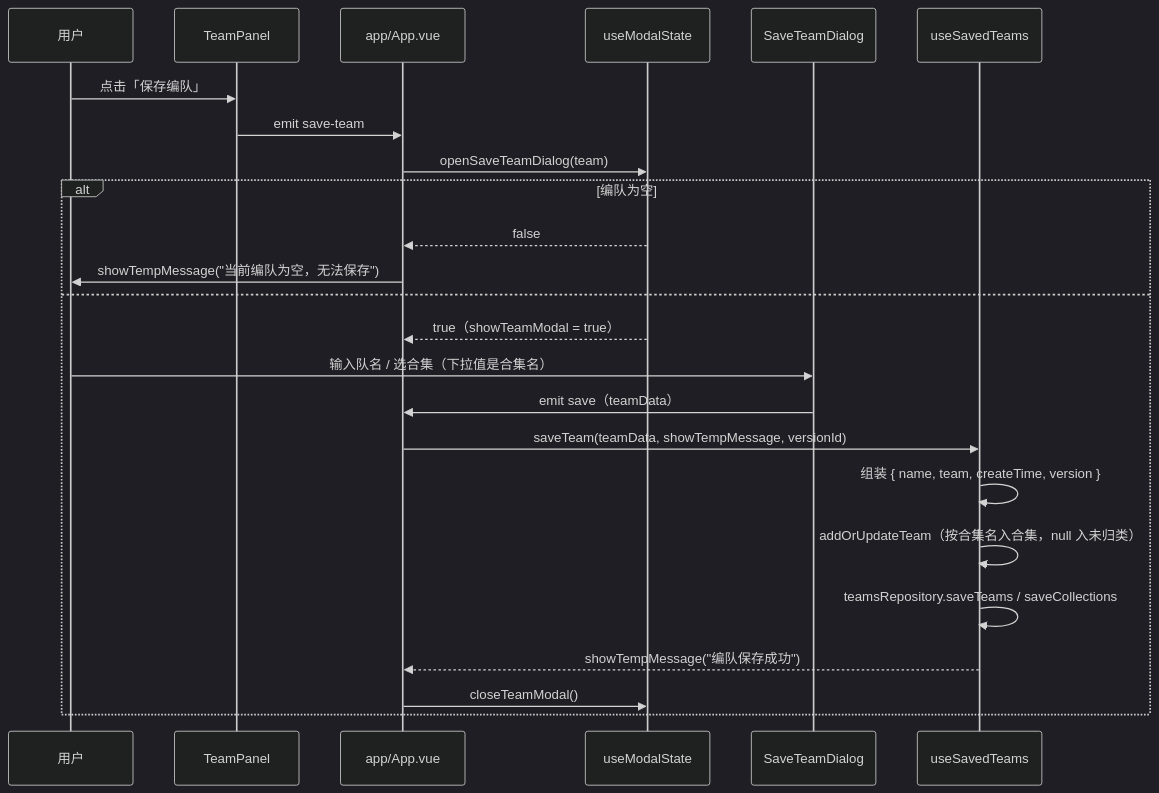
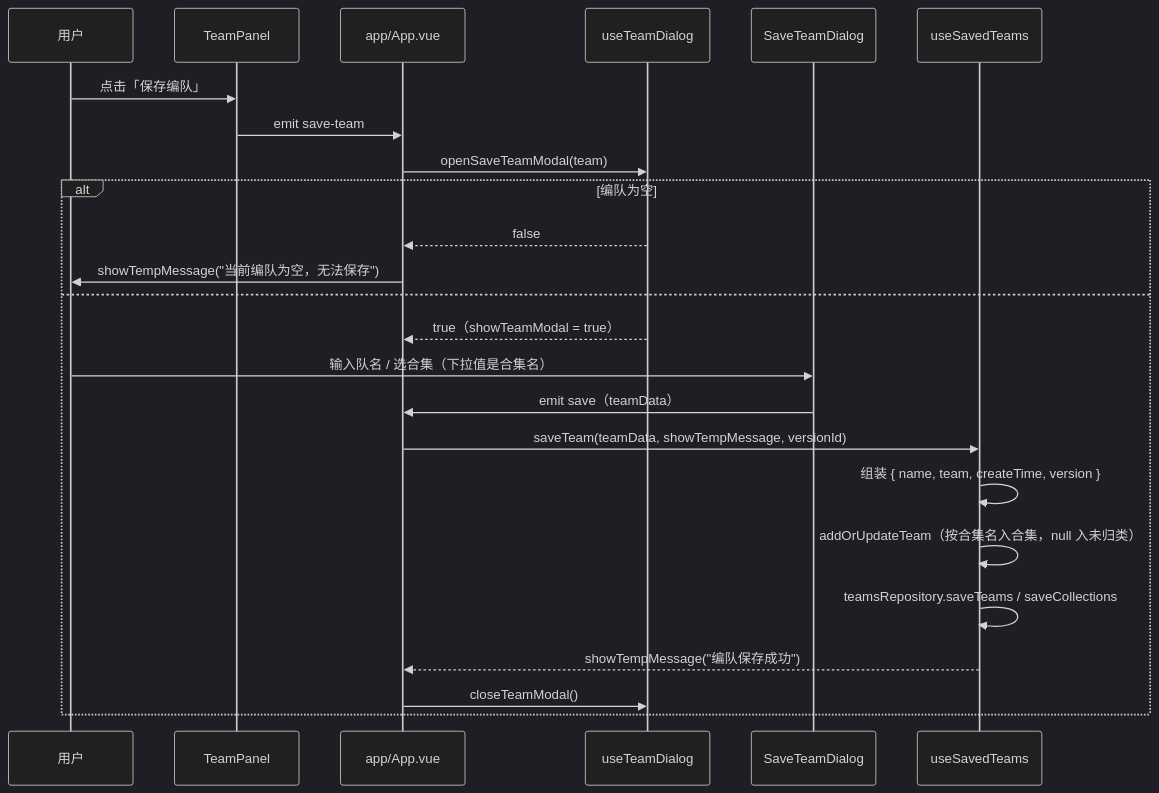
The fifth of 9 diagrams in architecture/data-flow.md (yeyeye613/Arknights-alliance-tool), drawn with Mermaid (dark theme) before and after one commit. The commit also changed 6 other files, not shown here.

````diff
--- a/architecture/data-flow.md
+++ b/architecture/data-flow.md
@@ -152,27 +152,27 @@
 ```mermaid
 sequenceDiagram
   participant U as 用户
   participant TP as TeamPanel
   participant A as app/App.vue
-  participant MS as useModalState
+  participant MS as useTeamDialog
   participant SM as SaveTeamDialog
   participant TS as useSavedTeams
 
   U->>TP: 点击「保存编队」
   TP->>A: emit save-team
-  A->>MS: openSaveTeamDialog(team)
+  A->>MS: openSaveTeamModal(team)
   alt 编队为空
     MS-->>A: false
     A->>U: showTempMessage("当前编队为空，无法保存")
   else
     MS-->>A: true（showTeamModal = true）
     U->>SM: 输入队名 / 选合集（下拉值是合集名）
     SM->>A: emit save（teamData）
     A->>TS: saveTeam(teamData, showTempMessage, versionId)
     TS->>TS: 组装 { name, team, createTime, version }
     TS->>TS: addOrUpdateTeam（按合集名入合集，null 入未归类）
     TS->>TS: teamsRepository.saveTeams / saveCollections
     TS-->>A: showTempMessage("编队保存成功")
     A->>MS: closeTeamModal()
   end
 ```
````
